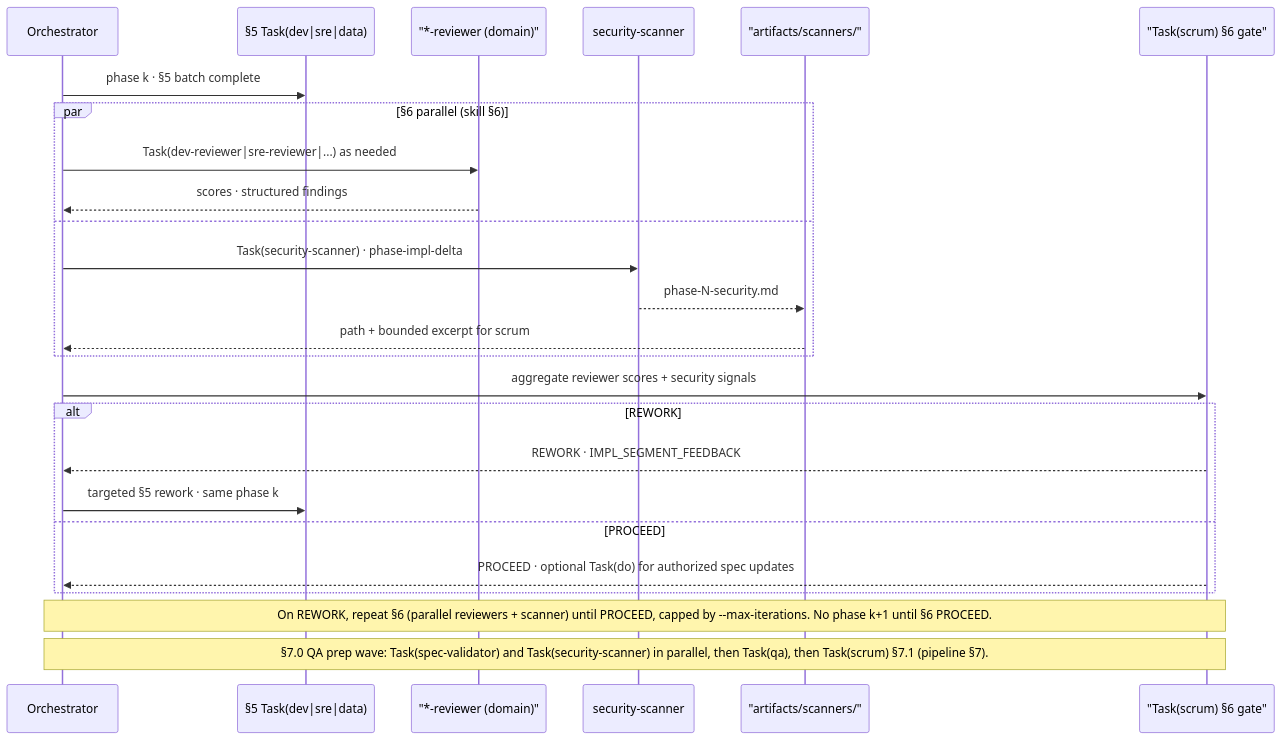
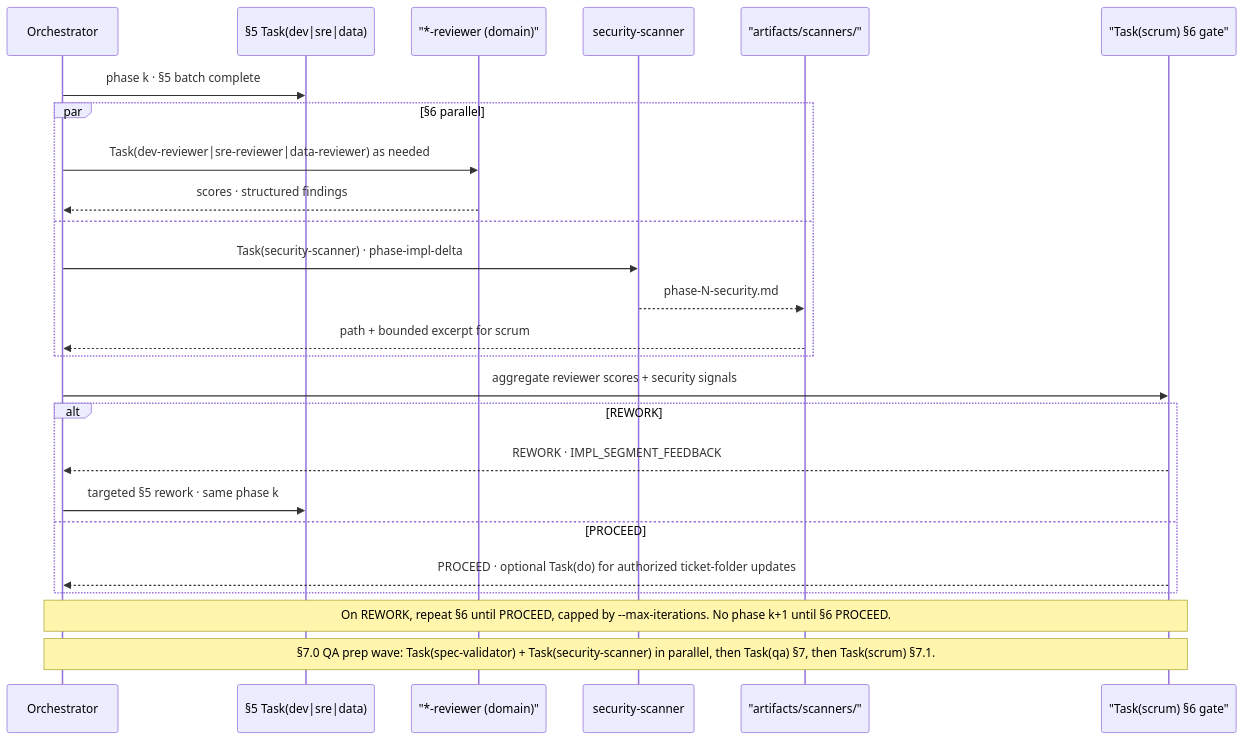
Before and after one commit to wtaiatella/beacon: the third of 3 diagrams in README.md, drawn with Mermaid. The commit also changed other lines of this file and 7 other files, not shown here.

First line of the commit message:
docs: drop BMAD references, rewrite README for current SDD architecture, remove CODEOWNERS

````diff
--- a/README.md
+++ b/README.md
@@ -226,32 +243,31 @@
 ```mermaid
 sequenceDiagram
     participant O as Orchestrator
     participant Impl as §5 Task(dev|sre|data)
     participant Rev as "*-reviewer (domain)"
     participant Sec as security-scanner
     participant Art as "artifacts/scanners/"
     participant Sc as "Task(scrum) §6 gate"
 
     O->>Impl: phase k · §5 batch complete
 
-    par §6 parallel (skill §6)
-        O->>Rev: Task(dev-reviewer|sre-reviewer|...) as needed
+    par §6 parallel
+        O->>Rev: Task(dev-reviewer|sre-reviewer|data-reviewer) as needed
         Rev-->>O: scores · structured findings
     and
         O->>Sec: Task(security-scanner) · phase-impl-delta
         Sec-->>Art: phase-N-security.md
         Art-->>O: path + bounded excerpt for scrum
     end
 
     O->>Sc: aggregate reviewer scores + security signals
     alt REWORK
         Sc-->>O: REWORK · IMPL_SEGMENT_FEEDBACK
         O->>Impl: targeted §5 rework · same phase k
     else PROCEED
-        Sc-->>O: PROCEED · optional Task(do) for authorized spec updates
+        Sc-->>O: PROCEED · optional Task(do) for authorized ticket-folder updates
     end
 
-    Note over O,Sc: On REWORK, repeat §6 (parallel reviewers + scanner) until PROCEED, capped by --max-iterations. No phase k+1 until §6 PROCEED.
-
-    Note over O,Sc: §7.0 QA prep wave: Task(spec-validator) and Task(security-scanner) in parallel, then Task(qa), then Task(scrum) §7.1 (pipeline §7).
+    Note over O,Sc: On REWORK, repeat §6 until PROCEED, capped by --max-iterations. No phase k+1 until §6 PROCEED.
+    Note over O,Sc: §7.0 QA prep wave: Task(spec-validator) + Task(security-scanner) in parallel, then Task(qa) §7, then Task(scrum) §7.1.
 ```
````
